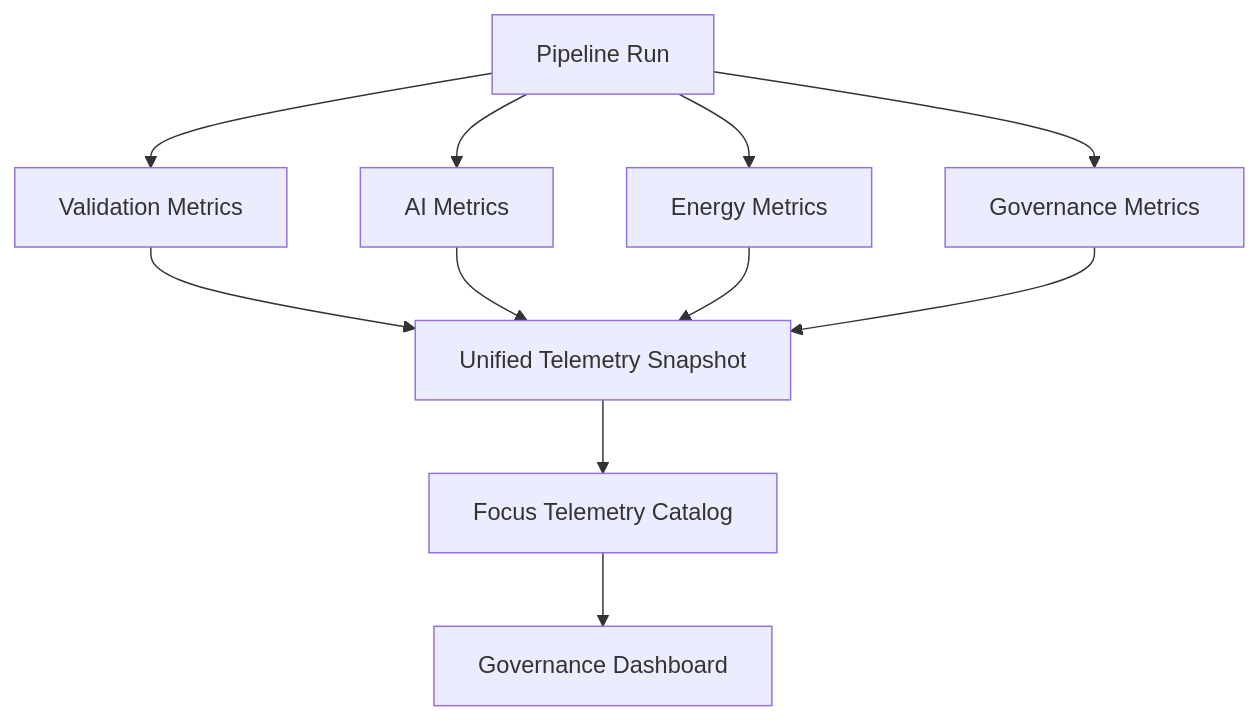
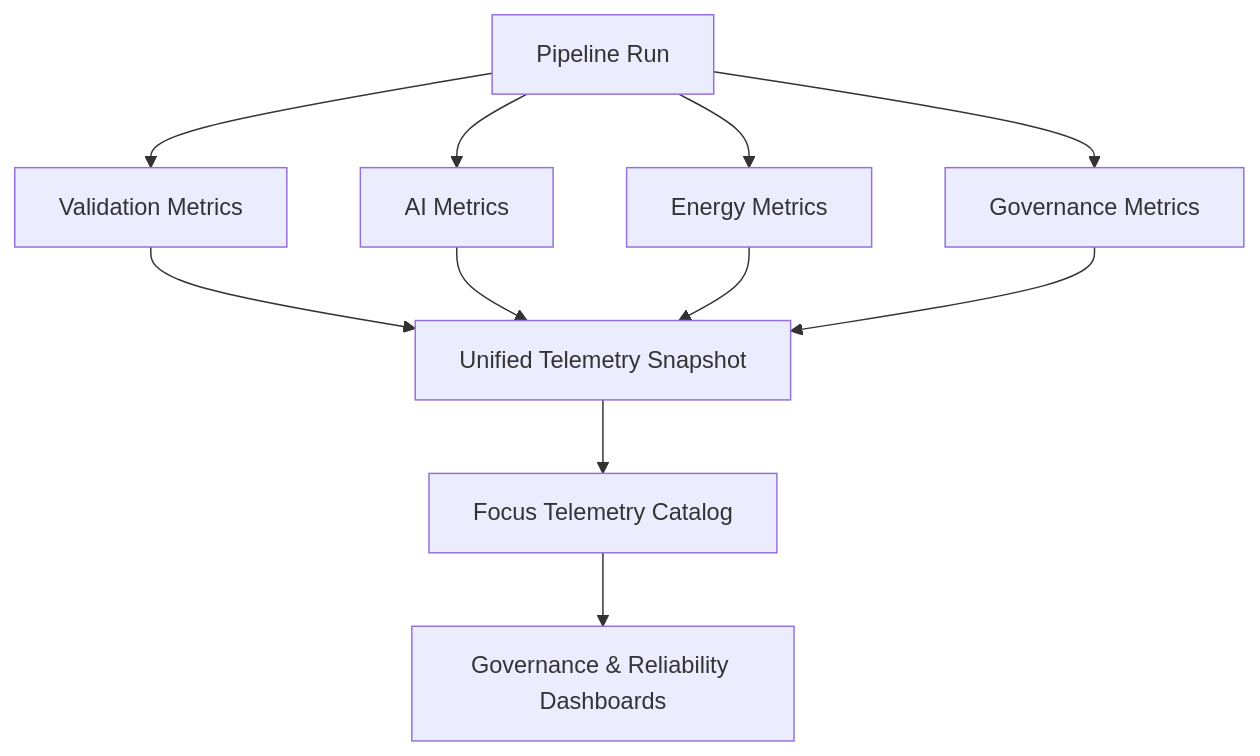
One commit to bartytime4life/Kansas-Frontier-Matrix changed the second of 2 diagrams in docs/pipelines/validation-observability/README.md. Above: the diagram before and after it, drawn with Mermaid. The commit also changed other lines of this file, not shown here.

````diff
--- a/docs/pipelines/validation-observability/README.md
+++ b/docs/pipelines/validation-observability/README.md
@@ -230,13 +269,13 @@
-~~~mermaid
+```mermaid
 flowchart TB
   A[Pipeline Run] --> B[Validation Metrics]
   A --> C[AI Metrics]
   A --> D[Energy Metrics]
   A --> E[Governance Metrics]
   B --> F[Unified Telemetry Snapshot]
   C --> F
   D --> F
   E --> F
   F --> G[Focus Telemetry Catalog]
-  G --> H[Governance Dashboard]
-~~~
+  G --> H[Governance & Reliability Dashboards]
+```
````
